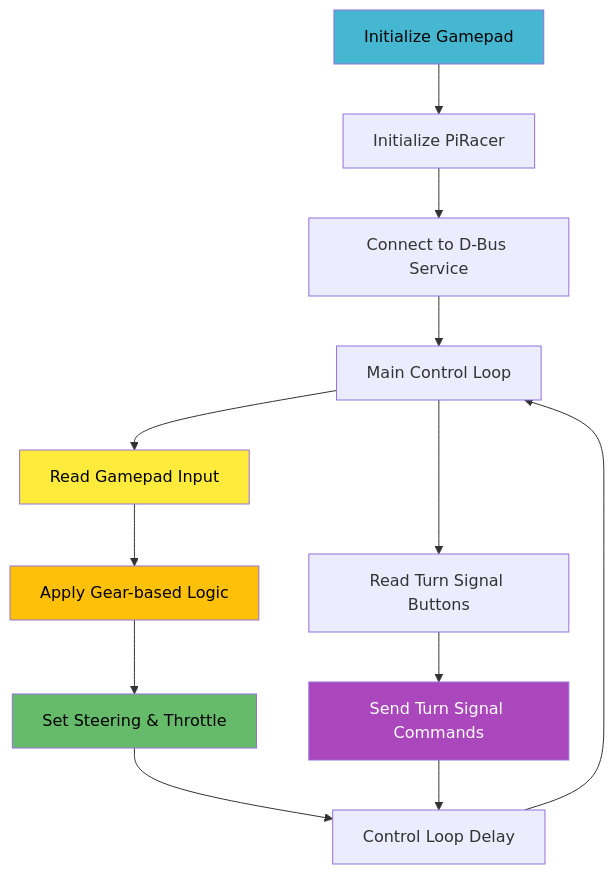
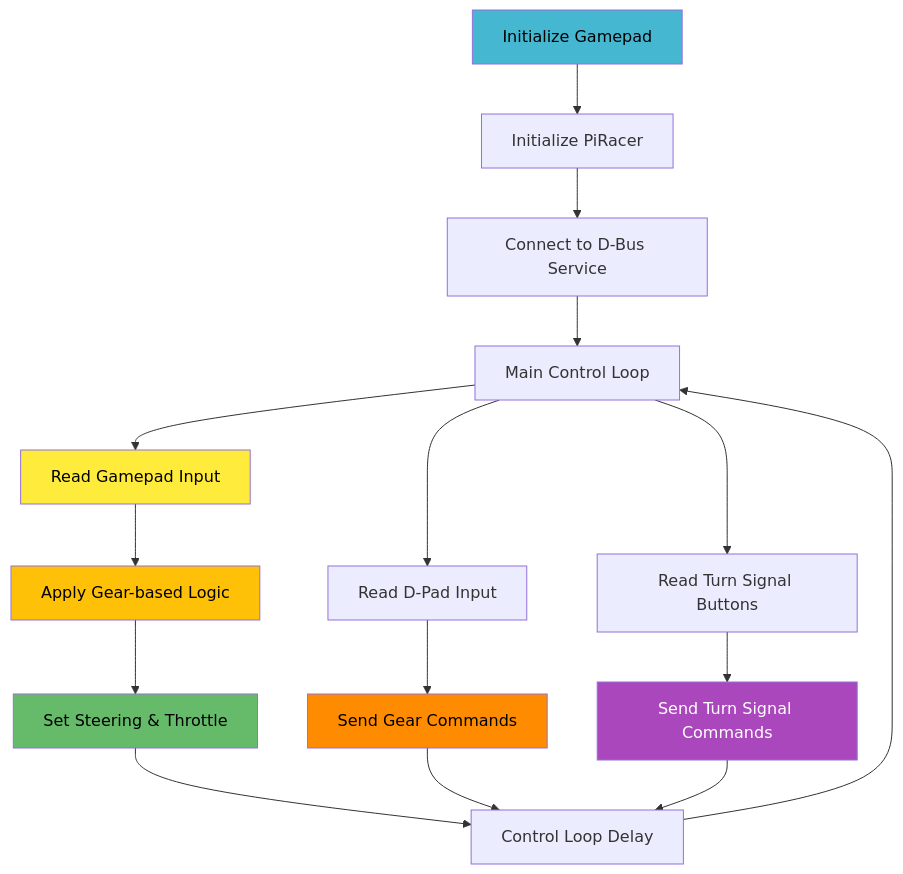
Before and after one commit to saicharansathyam/Instrument-Cluster: the fifth of 8 diagrams in README.md, drawn with Mermaid. The commit also changed other lines of this file, not shown here.

````diff
--- a/README.md
+++ b/README.md
@@ -125,23 +132,28 @@
 ```mermaid
 flowchart TD
     A[Initialize Gamepad] --> B[Initialize PiRacer]
     B --> C[Connect to D-Bus Service]
     C --> D[Main Control Loop]
     
     D --> E[Read Gamepad Input]
     E --> F[Apply Gear-based Logic]
     F --> G[Set Steering & Throttle]
     
-    D --> H[Read Turn Signal Buttons]
-    H --> I[Send Turn Signal Commands]
+    D --> H[Read D-Pad Input]
+    H --> I[Send Gear Commands]
     
-    G --> J[Control Loop Delay]
-    I --> J
-    J --> D
+    D --> J[Read Turn Signal Buttons]
+    J --> K[Send Turn Signal Commands]
+    
+    G --> L[Control Loop Delay]
+    I --> L
+    K --> L
+    L --> D
     
     style A fill:#45b7d1,color:#000
     style G fill:#66bb6a,color:#000
-    style I fill:#ab47bc,color:#fff
+    style I fill:#ff8c00,color:#000
+    style K fill:#ab47bc,color:#fff
     style E fill:#ffeb3b,color:#000
     style F fill:#ffc107,color:#000
 ```
````
